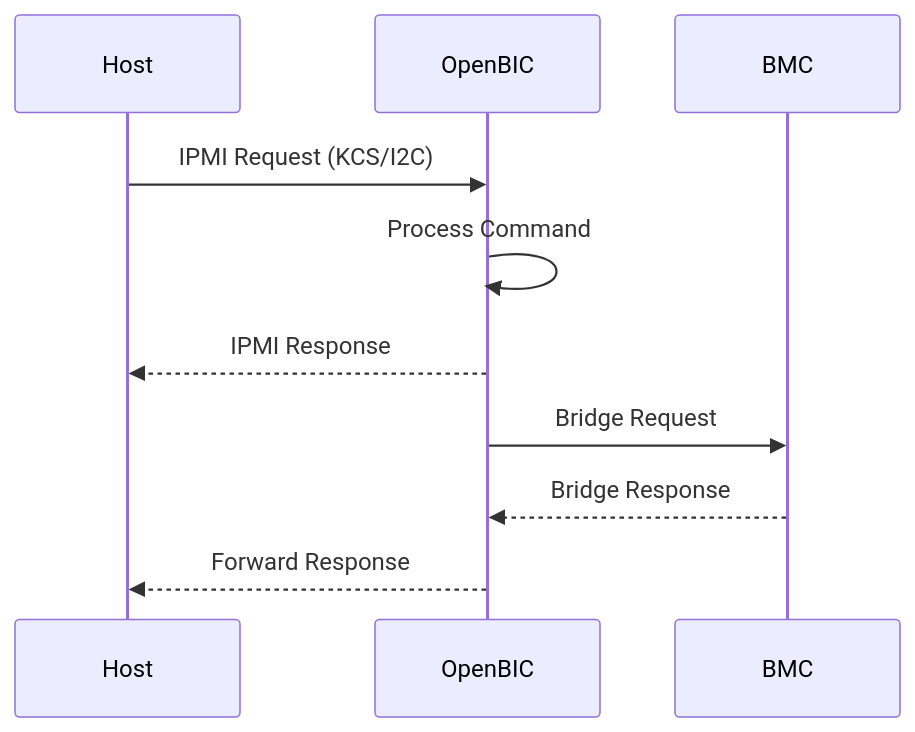
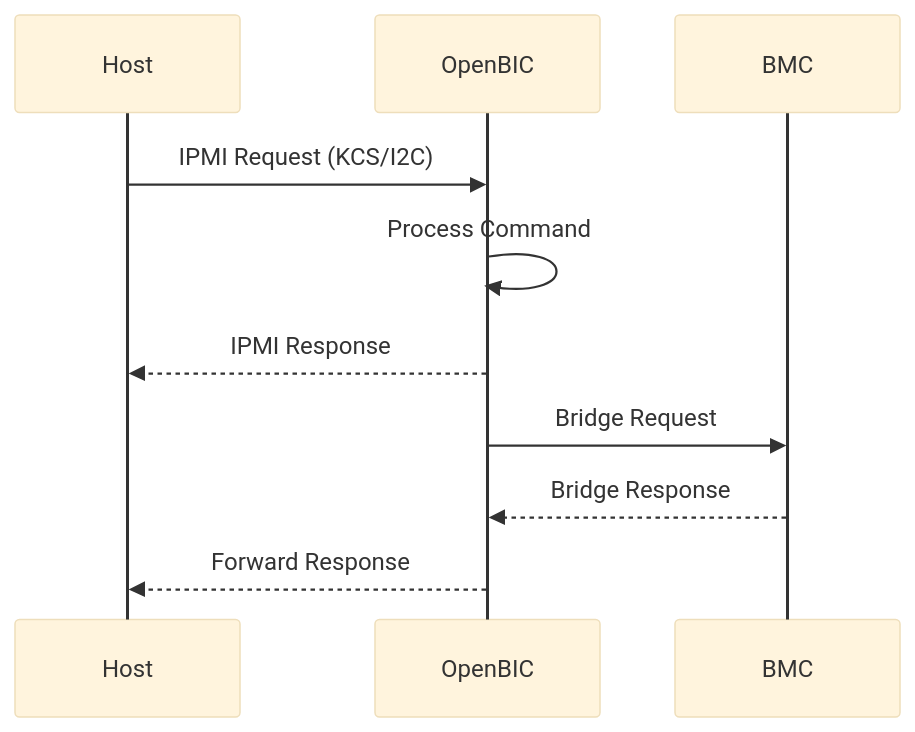
One commit to MichaelTien8901/zephyr-guide-tutorial changed the first of 2 diagrams in part7/03-openbic-protocols.md. Above: the diagram before and after it, drawn with Mermaid. The commit also changed 1 other file, not shown here.

Commit message:
Fix sequence diagram: add inline theme override for lifeline color

````diff
--- a/part7/03-openbic-protocols.md
+++ b/part7/03-openbic-protocols.md
@@ -14,14 +14,15 @@
 ```mermaid
+%%{init: {'theme': 'base', 'themeVariables': {'actorLineColor': '#333333', 'signalColor': '#333333'}}}%%
 sequenceDiagram
     participant Host
     participant BIC as OpenBIC
     participant BMC
 
     Host->>BIC: IPMI Request (KCS/I2C)
     BIC->>BIC: Process Command
     BIC-->>Host: IPMI Response
 
     BIC->>BMC: Bridge Request
     BMC-->>BIC: Bridge Response
     BIC-->>Host: Forward Response
 ```
````
